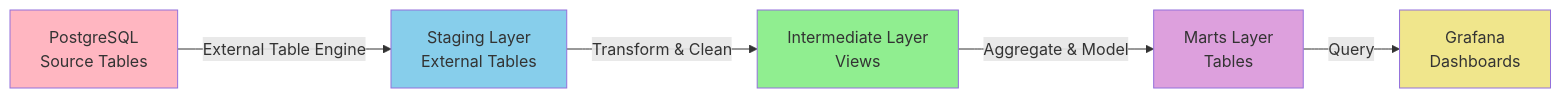
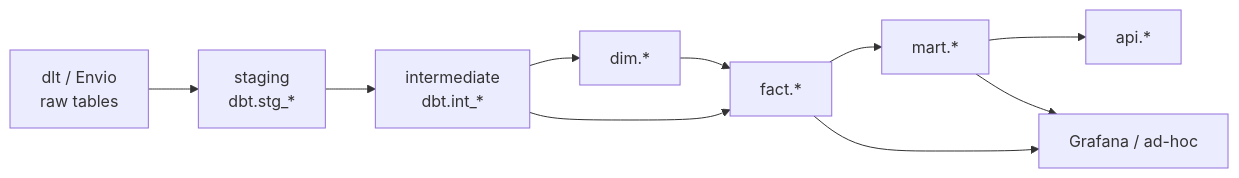
One commit to beefyfinance/beefy-databarn changed the second of 2 diagrams in README.md. Above: the diagram before and after it, drawn with Mermaid. The commit also changed other lines of this file and 283 other files, not shown here.

````diff
--- a/README.md
+++ b/README.md
@@ -225,13 +241,12 @@
 ```mermaid
 graph LR
-    A[PostgreSQL<br/>Source Tables] -->|External Table Engine| B[Staging Layer<br/>External Tables]
-    B -->|Transform & Clean| C[Intermediate Layer<br/>Views]
-    C -->|Aggregate & Model| D[Marts Layer<br/>Tables]
-    D -->|Query| E[Grafana<br/>Dashboards]
-    
-    style A fill:#FFB6C1
-    style B fill:#87CEEB
-    style C fill:#90EE90
-    style D fill:#DDA0DD
-    style E fill:#F0E68C
+    A[dlt / Envio<br/>raw tables] --> B[staging<br/>dbt.stg_*]
+    B --> C[intermediate<br/>dbt.int_*]
+    C --> D[dim.*]
+    C --> E[fact.*]
+    D --> E
+    E --> F[mart.*]
+    F --> G[api.*]
+    E --> H[Grafana / ad-hoc]
+    F --> H
 ```
````
